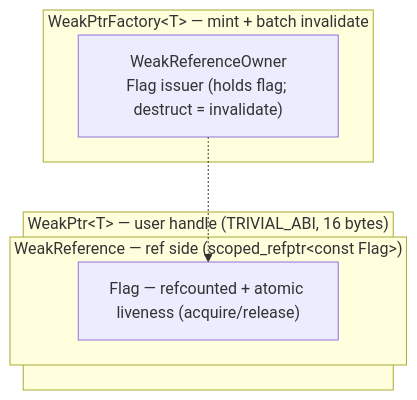
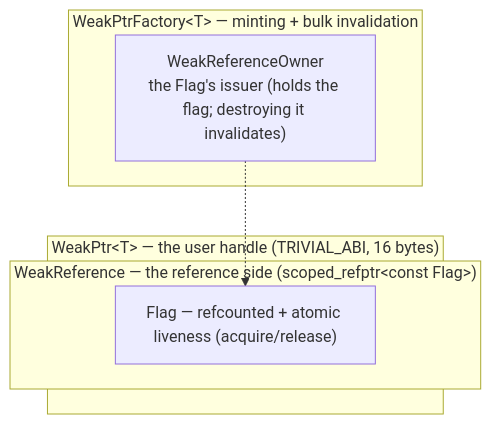
One commit to Awesome-Embedded-Learning-Studio/Tutorial_AwesomeModernCPP changed the diagram in documents/en/vol9-open-source-project-learn/chrome/02_weak_ptr/hands_on/01-weak-ptr-design.md. Above: the diagram before and after it, drawn with Mermaid. The commit also changed other lines of this file and 605 other files, not shown here.

````diff
--- a/documents/en/vol9-open-source-project-learn/chrome/02_weak_ptr/hands_on/01-weak-ptr-design.md
+++ b/documents/en/vol9-open-source-project-learn/chrome/02_weak_ptr/hands_on/01-weak-ptr-design.md
@@ -98,12 +109,12 @@
 ```mermaid
 flowchart TB
-    subgraph FAC["WeakPtrFactory&lt;T&gt; — mint + batch invalidate"]
-        RO["WeakReferenceOwner<br/>Flag issuer (holds flag; destruct = invalidate)"]
+    subgraph FAC["WeakPtrFactory&lt;T&gt; — minting + bulk invalidation"]
+        RO["WeakReferenceOwner<br/>the Flag's issuer (holds the flag; destroying it invalidates)"]
     end
-    subgraph WP["WeakPtr&lt;T&gt; — user handle (TRIVIAL_ABI, 16 bytes)"]
-        subgraph WR["WeakReference — ref side (scoped_refptr&lt;const Flag&gt;)"]
+    subgraph WP["WeakPtr&lt;T&gt; — the user handle (TRIVIAL_ABI, 16 bytes)"]
+        subgraph WR["WeakReference — the reference side (scoped_refptr&lt;const Flag&gt;)"]
             Flag["Flag — refcounted + atomic liveness (acquire/release)"]
         end
     end
     RO -.-> Flag
 ```
````
